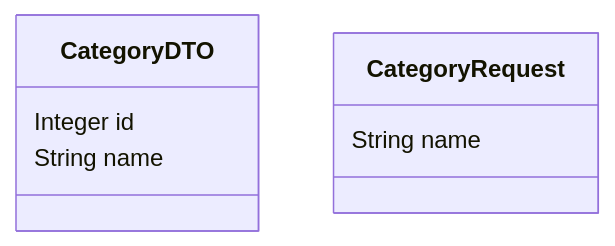
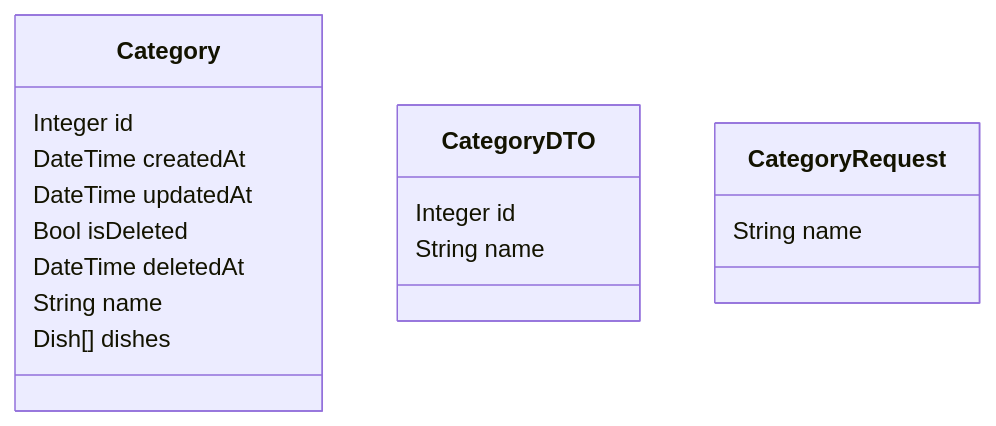
The third of 7 diagrams in Backend/README.md (GruboKrojone/SneakFit), drawn with Mermaid before and after one commit. The commit also changed other lines of this file and 3 other files, not shown here.

````diff
--- a/Backend/README.md
+++ b/Backend/README.md
@@ -815,10 +1401,19 @@
 ```mermaid
 classDiagram
+    class Category {
+        Integer id
+        DateTime createdAt
+        DateTime updatedAt
+        Bool isDeleted
+        DateTime deletedAt
+        String name
+        Dish[] dishes
+    }
     class CategoryDTO {
         Integer id
         String name
     }
     class CategoryRequest {
         String name
     }
 ```
````
